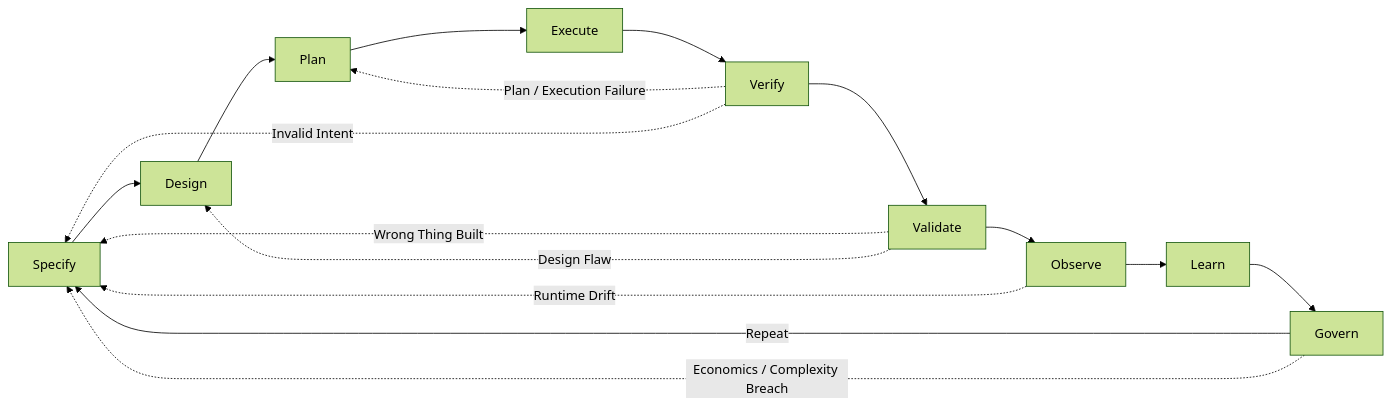
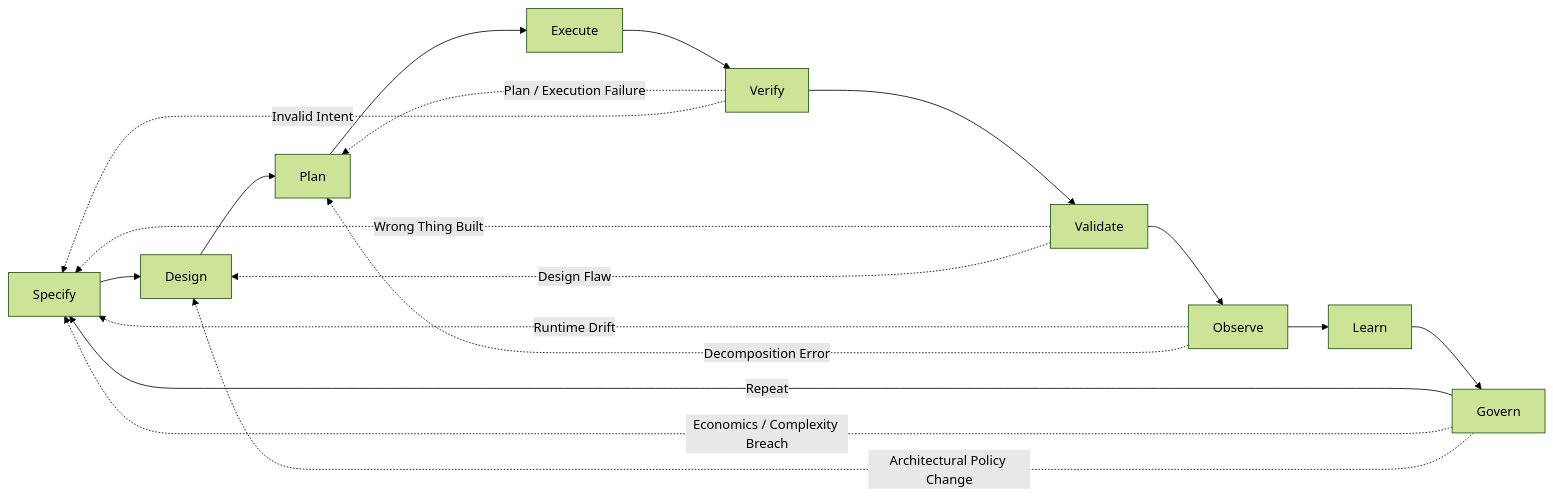
Before and after one commit to arnaudgelas/agentic-engineering-manifesto: the diagram in manifesto.md, drawn with Mermaid (forest theme). The commit also changed other lines of this file and 1 other file, not shown here.

````diff
--- a/manifesto.md
+++ b/manifesto.md
@@ -116,12 +119,14 @@
 ```mermaid
 flowchart LR
     Specify --> Design --> Plan --> Execute --> Verify --> Validate --> Observe --> Learn --> Govern
     Govern -->|Repeat| Specify
 
     Verify -.->|Plan / Execution Failure| Plan
     Verify -.->|Invalid Intent| Specify
     Validate -.->|Wrong Thing Built| Specify
     Validate -.->|Design Flaw| Design
     Observe -.->|Runtime Drift| Specify
+    Observe -.->|Decomposition Error| Plan
     Govern -.->|Economics / Complexity Breach| Specify
+    Govern -.->|Architectural Policy Change| Design
 ```
````
